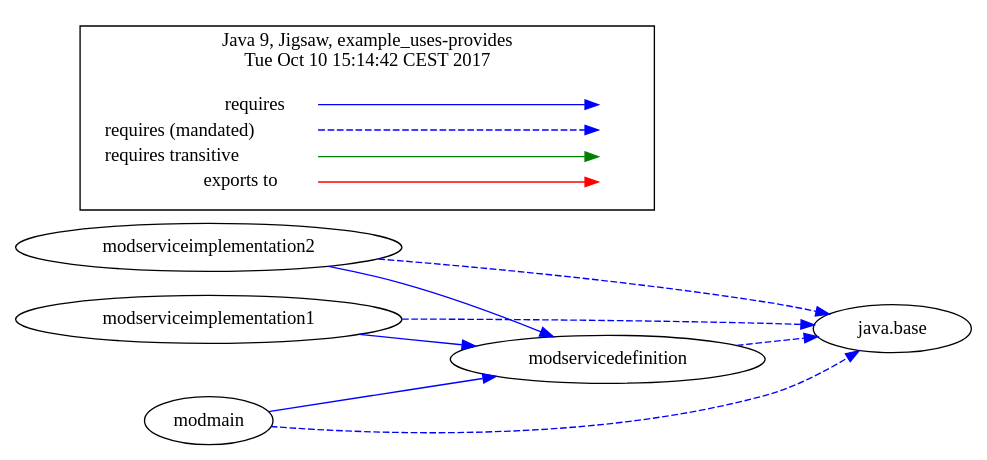
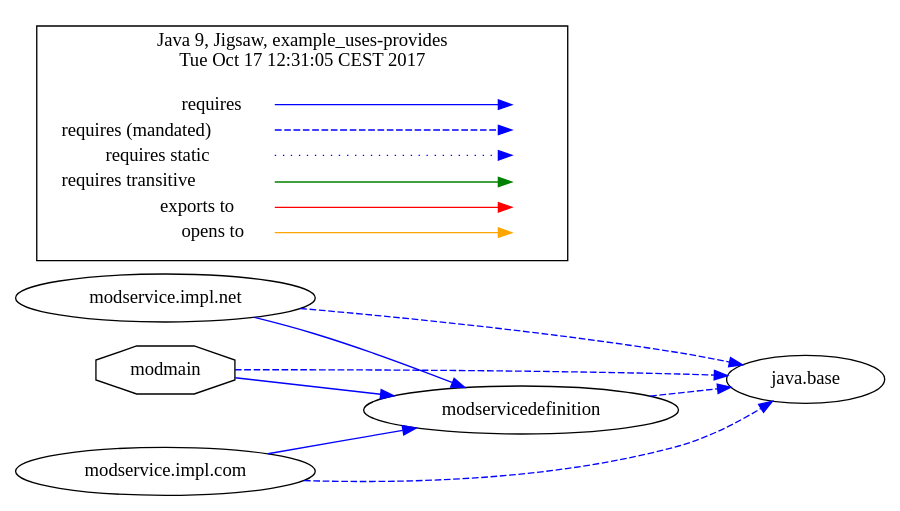
The diagram in jigsaw-examples/example_uses-provides/moduledependencies-withlegend.dot (accso/java9-jigsaw-examples), drawn with Graphviz before and after one commit. The commit also changed 150 other files, not shown here.

Commit message:
Upgraded all Jigsaw examples to latest DepVis version 0.3

```diff
--- a/jigsaw-examples/example_uses-provides/moduledependencies-withlegend.dot
+++ b/jigsaw-examples/example_uses-provides/moduledependencies-withlegend.dot
@@ -1,38 +1,44 @@
-# Created by depvis.JigsawDepVisualizer on Tue Oct 10 15:14:41 CEST 2017
+# Created by depvis.JigsawDepVisualizer on Tue Oct 17 12:31:05 CEST 2017
 digraph Java9_Dependency_Visualizer {
-modmain[fontname="Consolas",shape="ellipse",label="modmain"];
+modservice_impl_com[fontname="Consolas",shape="ellipse",label="modservice.impl.com"];
 modservicedefinition[fontname="Consolas",shape="ellipse",label="modservicedefinition"];
 java_base[fontname="Consolas",shape="ellipse",label="java.base"];
-modserviceimplementation2[fontname="Consolas",shape="ellipse",label="modserviceimplementation2"];
-modserviceimplementation1[fontname="Consolas",shape="ellipse",label="modserviceimplementation1"];
+modservice_impl_net[fontname="Consolas",shape="ellipse",label="modservice.impl.net"];
+modmain[fontname="Consolas",shape="octagon",label="modmain"];
+modservice_impl_com -> modservicedefinition[color="#0000ff",fontname="Consolas",fontcolor="#0000ff",weight="8"]
+modservice_impl_com -> java_base[color="#0000ff",fontname="Consolas",fontcolor="#0000ff",style="dashed",weight="16"]
+modservicedefinition -> java_base[color="#0000ff",fontname="Consolas",fontcolor="#0000ff",style="dashed",weight="16"]
+modservice_impl_net -> modservicedefinition[color="#0000ff",fontname="Consolas",fontcolor="#0000ff",weight="8"]
+modservice_impl_net -> java_base[color="#0000ff",fontname="Consolas",fontcolor="#0000ff",style="dashed",weight="16"]
 modmain -> modservicedefinition[color="#0000ff",fontname="Consolas",fontcolor="#0000ff",weight="8"]
 modmain -> java_base[color="#0000ff",fontname="Consolas",fontcolor="#0000ff",style="dashed",weight="16"]
-modserviceimplementation2 -> modservicedefinition[color="#0000ff",fontname="Consolas",fontcolor="#0000ff",weight="8"]
-modserviceimplementation2 -> java_base[color="#0000ff",fontname="Consolas",fontcolor="#0000ff",style="dashed",weight="16"]
-modserviceimplementation1 -> modservicedefinition[color="#0000ff",fontname="Consolas",fontcolor="#0000ff",weight="8"]
-modserviceimplementation1 -> java_base[color="#0000ff",fontname="Consolas",fontcolor="#0000ff",style="dashed",weight="16"]
-modservicedefinition -> java_base[color="#0000ff",fontname="Consolas",fontcolor="#0000ff",style="dashed",weight="16"]
 rankdir=LR
 node [shape=plaintext]
 subgraph cluster_01 { 
   label = "Java 9, Jigsaw, example_uses-provides
-Tue Oct 10 15:14:42 CEST 2017"
+Tue Oct 17 12:31:05 CEST 2017"
   fontname="Consolas"
   key [label=<<table border="0" cellpadding="2" cellspacing="0" cellborder="0">
     <tr><td align="right" port="i1">requires</td></tr>
     <tr><td align="right" port="i2">requires (mandated)</td></tr>
-    <tr><td align="right" port="i3">requires transitive</td></tr>
-    <tr><td align="right" port="i4">exports to</td></tr>
+    <tr><td align="right" port="i3">requires static</td></tr>
+    <tr><td align="right" port="i4">requires transitive</td></tr>
+    <tr><td align="right" port="i5">exports to</td></tr>
+    <tr><td align="right" port="i6">opens to</td></tr>
     </table>>,fontname="Consolas"]
   key2 [label=<<table border="0" cellpadding="2" cellspacing="0" cellborder="0">
     <tr><td port="i1">&nbsp;</td></tr>
     <tr><td port="i2">&nbsp;</td></tr>
     <tr><td port="i3">&nbsp;</td></tr>
     <tr><td port="i4">&nbsp;</td></tr>
+    <tr><td port="i5">&nbsp;</td></tr>
+    <tr><td port="i6">&nbsp;</td></tr>
     </table>>,fontname="Consolas"]
   key:i1:e -> key2:i1:w [color=BLUE]
   key:i2:e -> key2:i2:w [color=BLUE, style=dashed]
-  key:i3:e -> key2:i3:w [color=GREEN]
-  key:i4:e -> key2:i4:w [color=RED]
+  key:i3:e -> key2:i3:w [color=BLUE, style=dotted]
+  key:i4:e -> key2:i4:w [color=GREEN]
+  key:i5:e -> key2:i5:w [color=RED]
+  key:i6:e -> key2:i6:w [color=ORANGE]
 }
 }
```
